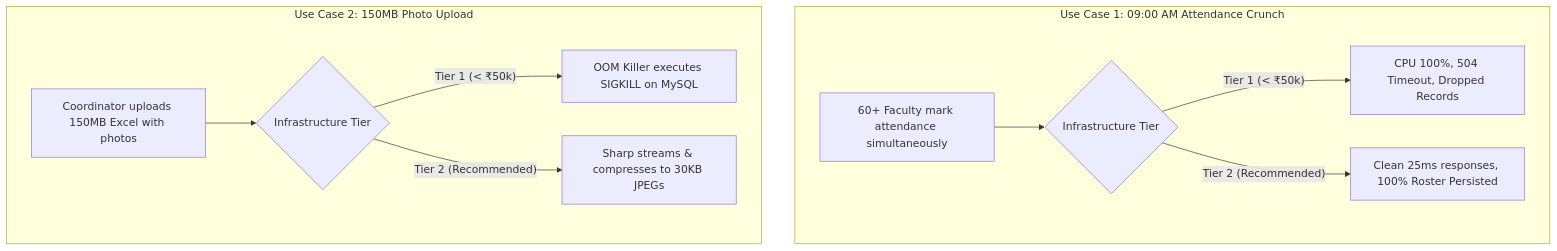
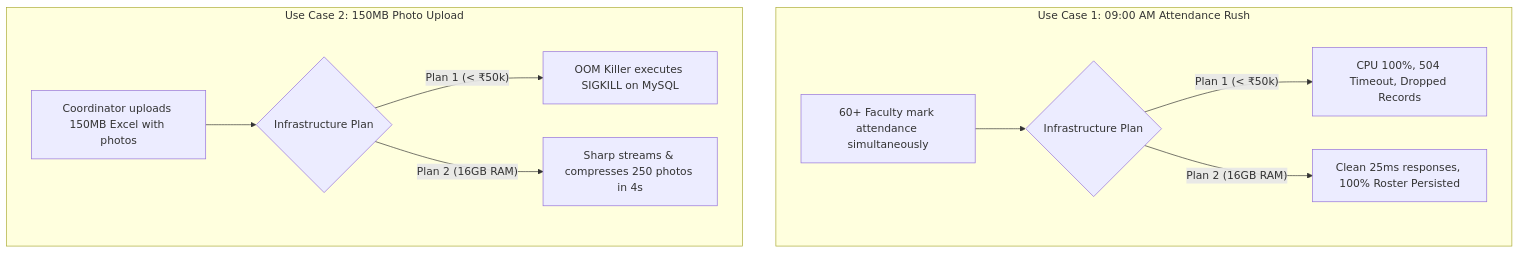
Before and after one commit to YuganshGoyal2007/sdms-main: the diagram in GBU_SDMS_EXECUTIVE_CLOUD_PROPOSAL_HOD.md, drawn with Mermaid. The commit also changed other lines of this file and 2 other files, not shown here.

Commit message:
docs: update executive proposal with 16GB RAM cloud pricing research and 3 reputed plans

````diff
--- a/GBU_SDMS_EXECUTIVE_CLOUD_PROPOSAL_HOD.md
+++ b/GBU_SDMS_EXECUTIVE_CLOUD_PROPOSAL_HOD.md
@@ -144,14 +144,14 @@
 ```mermaid
 flowchart TD
-    subgraph UC1["Use Case 1: 09:00 AM Attendance Crunch"]
-        A1["60+ Faculty mark attendance simultaneously"] --> B1{"Infrastructure Tier"}
-        B1 -->|"Tier 1 (< ₹50k)"| C1["CPU 100%, 504 Timeout, Dropped Records"]
-        B1 -->|"Tier 2 (Recommended)"| D1["Clean 25ms responses, 100% Roster Persisted"]
+    subgraph UC1["Use Case 1: 09:00 AM Attendance Rush"]
+        A1["60+ Faculty mark attendance simultaneously"] --> B1{"Infrastructure Plan"}
+        B1 -->|"Plan 1 (< ₹50k)"| C1["CPU 100%, 504 Timeout, Dropped Records"]
+        B1 -->|"Plan 2 (16GB RAM)"| D1["Clean 25ms responses, 100% Roster Persisted"]
     end
 
     subgraph UC2["Use Case 2: 150MB Photo Upload"]
-        A2["Coordinator uploads 150MB Excel with photos"] --> B2{"Infrastructure Tier"}
-        B2 -->|"Tier 1 (< ₹50k)"| C2["OOM Killer executes SIGKILL on MySQL"]
-        B2 -->|"Tier 2 (Recommended)"| D2["Sharp streams & compresses to 30KB JPEGs"]
+        A2["Coordinator uploads 150MB Excel with photos"] --> B2{"Infrastructure Plan"}
+        B2 -->|"Plan 1 (< ₹50k)"| C2["OOM Killer executes SIGKILL on MySQL"]
+        B2 -->|"Plan 2 (16GB RAM)"| D2["Sharp streams & compresses 250 photos in 4s"]
     end
 ```
````
